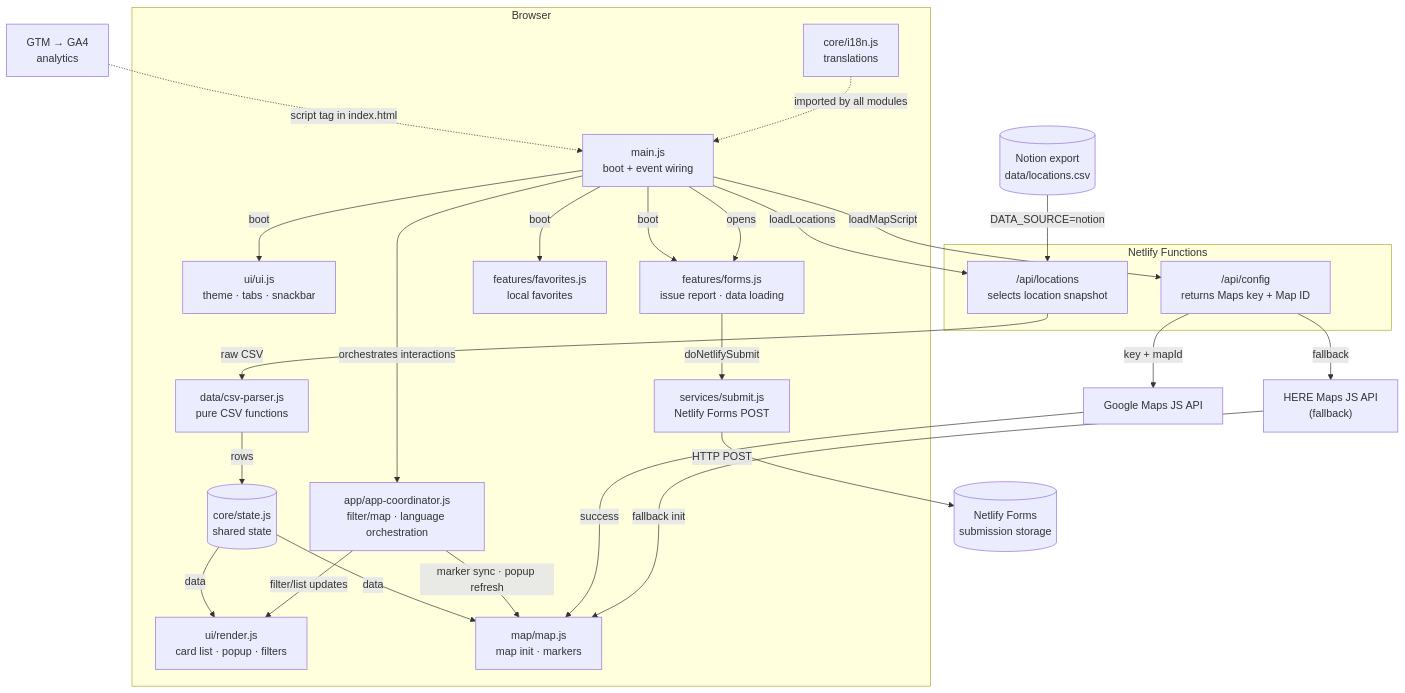
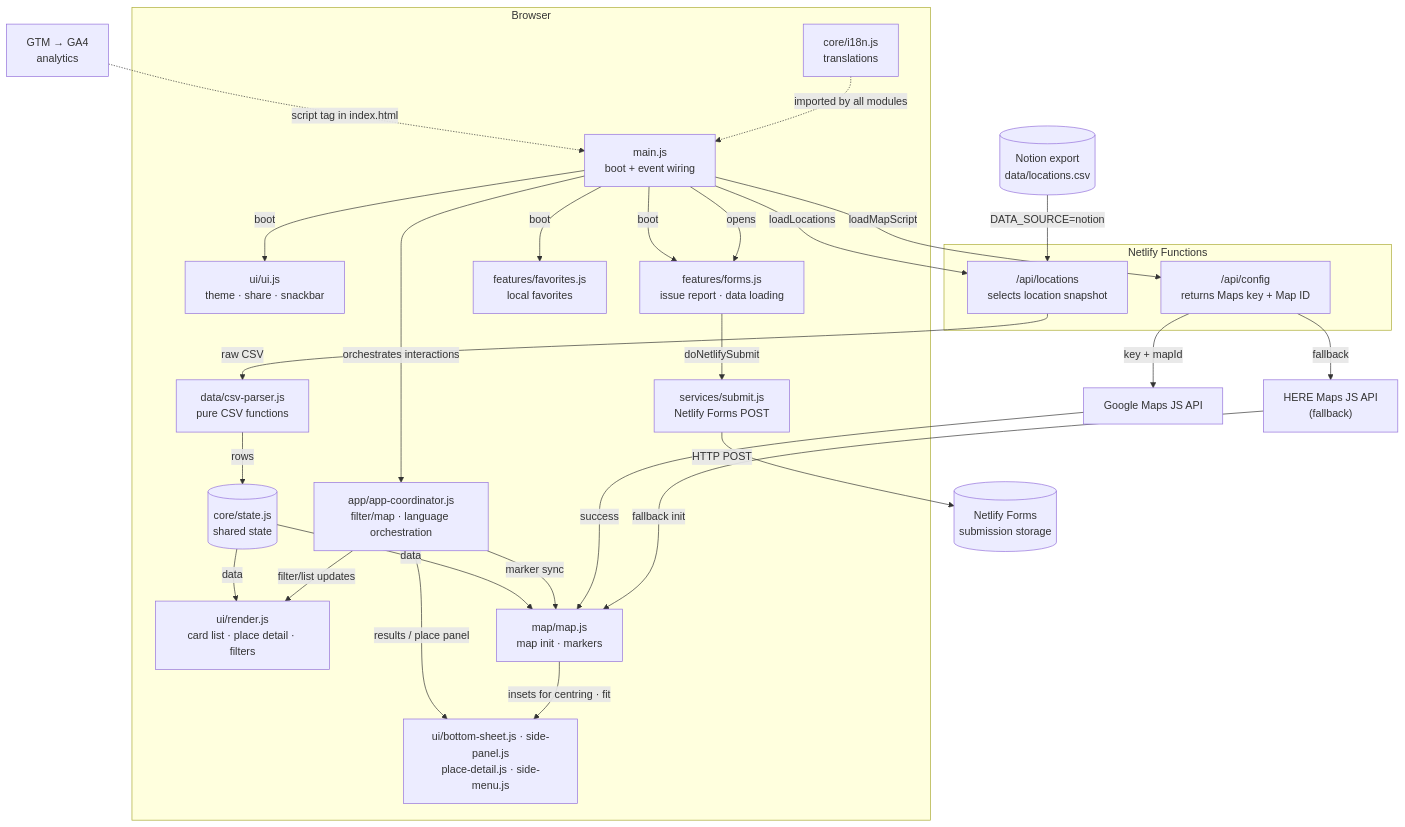
One commit to ginaz5/lingorm-map changed the first of 2 diagrams in README.md. Above: the diagram before and after it, drawn with Mermaid. The commit also changed other lines of this file and 59 other files, not shown here.

````diff
--- a/README.md
+++ b/README.md
@@ -61,53 +63,56 @@
 ```mermaid
 flowchart TD
     subgraph Browser["Browser"]
         MAIN["main.js\nboot + event wiring"]
         STATE[("core/state.js\nshared state")]
         I18N["core/i18n.js\ntranslations"]
         CSV["data/csv-parser.js\npure CSV functions"]
-        RENDER["ui/render.js\ncard list · popup · filters"]
+        RENDER["ui/render.js\ncard list · place detail · filters"]
         MAP["map/map.js\nmap init · markers"]
         COORD["app/app-coordinator.js\nfilter/map · language orchestration"]
-        UI["ui/ui.js\ntheme · tabs · snackbar"]
+        UI["ui/ui.js\ntheme · share · snackbar"]
+        PANEL["ui/bottom-sheet.js · side-panel.js\nplace-detail.js · side-menu.js"]
         FORMS["features/forms.js\nissue report · data loading"]
         SUBMIT["services/submit.js\nNetlify Forms POST"]
         FAV["features/favorites.js\nlocal favorites"]
     end
 
     subgraph Netlify_Fn["Netlify Functions"]
         CFG["/api/config\nreturns Maps key + Map ID"]
         LOC["/api/locations\nselects location snapshot"]
     end
 
     NOTION[("Notion export\ndata/locations.csv")]
     GMAPS["Google Maps JS API"]
     HERE["HERE Maps JS API\n(fallback)"]
     NFORMS[("Netlify Forms\nsubmission storage")]
     GTM["GTM → GA4\nanalytics"]
 
     MAIN -->|"boot"| UI
     MAIN -->|"orchestrates interactions"| COORD
     MAIN -->|"boot"| FORMS
     MAIN -->|"boot"| FAV
     MAIN -->|"loadLocations"| LOC
     NOTION -->|"DATA_SOURCE=notion"| LOC
     LOC -->|"raw CSV"| CSV
     CSV -->|"rows"| STATE
     STATE -->|"data"| RENDER
     STATE -->|"data"| MAP
     COORD -->|"filter/list updates"| RENDER
-    COORD -->|"marker sync · popup refresh"| MAP
+    COORD -->|"marker sync"| MAP
+    COORD -->|"results / place panel"| PANEL
+    MAP -->|"insets for centring · fit"| PANEL
 
     MAIN -->|"loadMapScript"| CFG
     CFG -->|"key + mapId"| GMAPS
     GMAPS -->|"success"| MAP
     CFG -->|"fallback"| HERE
     HERE -->|"fallback init"| MAP
 
     MAIN -->|"opens"| FORMS
     FORMS -->|"doNetlifySubmit"| SUBMIT
     SUBMIT -->|"HTTP POST"| NFORMS
 
     GTM -.->|"script tag in index.html"| MAIN
     I18N -.->|"imported by all modules"| MAIN
 ```
````
